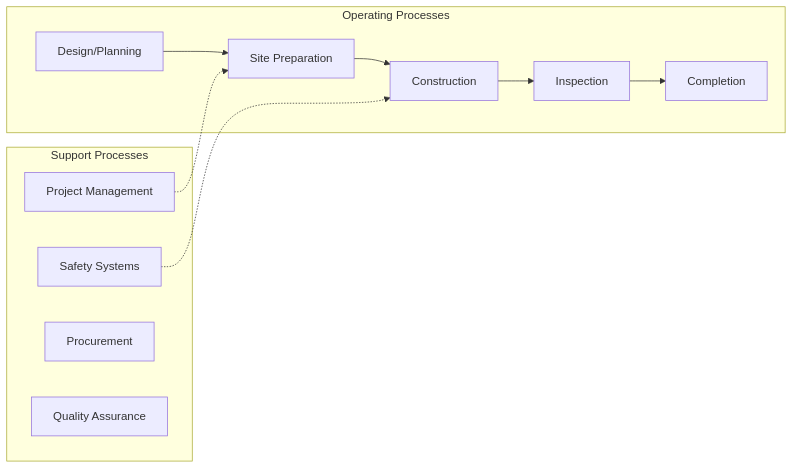
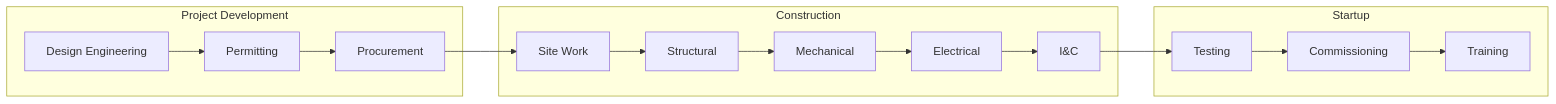
The second of 2 diagrams in industries/Construction/CivilEngineeringConstruction/UtilitySystemConstruction/RelatedStructuresConstruction.mdx (kziemski/business.org.ai), drawn with Mermaid before and after one commit. The commit also changed other lines of this file and 67 other files, not shown here.

````diff
--- a/industries/Construction/CivilEngineeringConstruction/UtilitySystemConstruction/RelatedStructuresConstruction.mdx
+++ b/industries/Construction/CivilEngineeringConstruction/UtilitySystemConstruction/RelatedStructuresConstruction.mdx
@@ -48,24 +67,26 @@
 ```mermaid
 flowchart LR
-    subgraph Operating["Operating Processes"]
-        O1["Design/Planning"]
-        O2["Site Preparation"]
-        O3["Construction"]
-        O4["Inspection"]
-        O5["Completion"]
+    subgraph Development["Project Development"]
+        D1["Design Engineering"]
+        D2["Permitting"]
+        D3["Procurement"]
     end
 
-    subgraph Support["Support Processes"]
-        S1["Project Management"]
-        S2["Safety Systems"]
-        S3["Procurement"]
-        S4["Quality Assurance"]
+    subgraph Construction["Construction"]
+        C1["Site Work"]
+        C2["Structural"]
+        C3["Mechanical"]
+        C4["Electrical"]
+        C5["I&C"]
     end
 
-    O1 --> O2
-    O2 --> O3
-    O3 --> O4
-    O4 --> O5
-    S1 -.-> O2
-    S2 -.-> O3
+    subgraph Startup["Startup"]
+        S1["Testing"]
+        S2["Commissioning"]
+        S3["Training"]
+    end
+
+    D1 --> D2 --> D3
+    D3 --> C1 --> C2 --> C3 --> C4 --> C5
+    C5 --> S1 --> S2 --> S3
 ```
````
